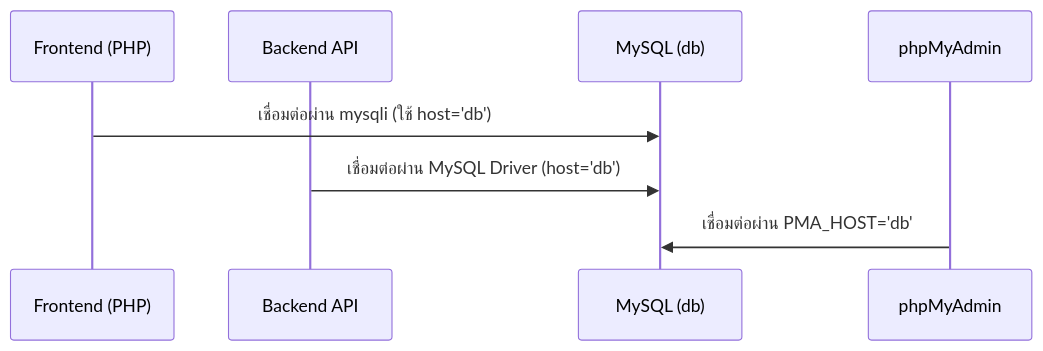
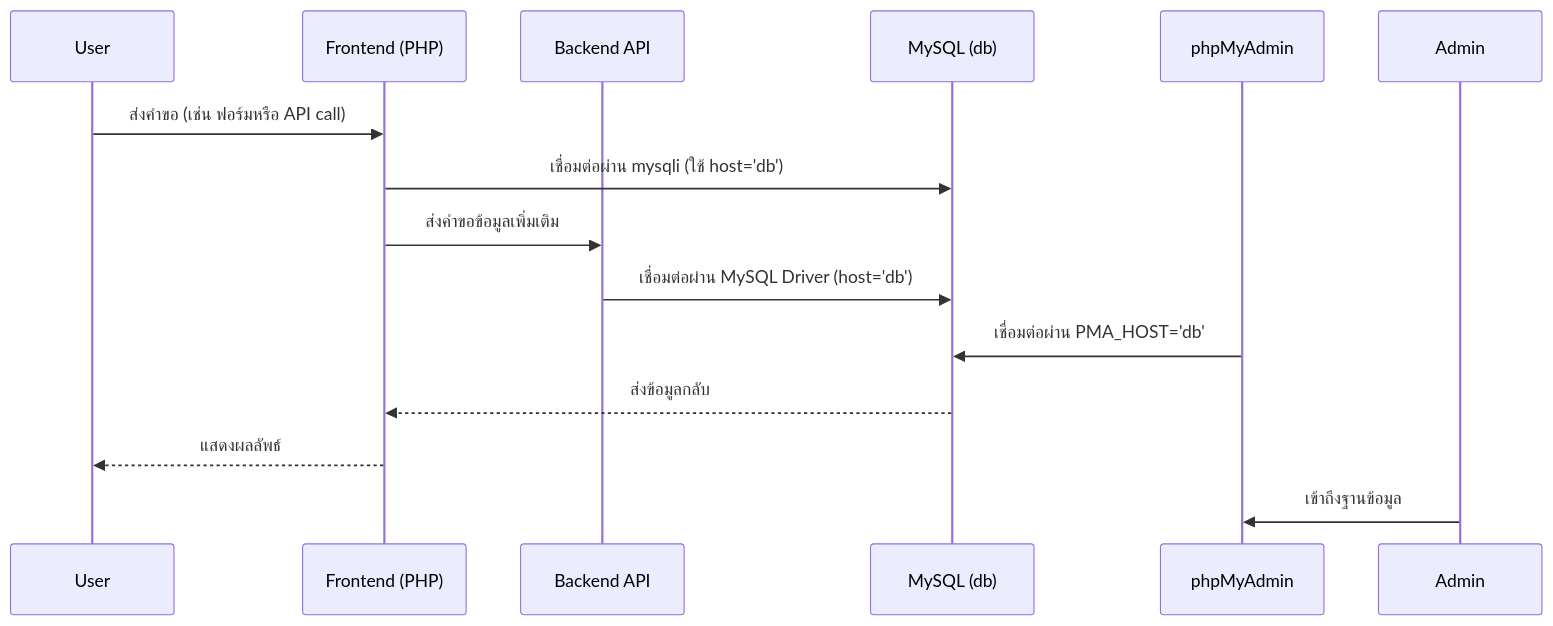
Before and after one commit to JeerasakAnanta/redcross_lottery_nan: the second of 3 diagrams in README.md, drawn with Mermaid. The commit also changed other lines of this file, not shown here.

Commit message:
Update README.md for project clarity and structure, including new project development details and microservices architecture diagram

````diff
--- a/README.md
+++ b/README.md
@@ -95,12 +95,20 @@
 ```mermaid
 sequenceDiagram
+    participant User
     participant Frontend (PHP)
     participant Backend API
     participant MySQL (db)
     participant phpMyAdmin
+    participant Admin 
 
+    User->>Frontend (PHP): ส่งคำขอ (เช่น ฟอร์มหรือ API call)
     Frontend (PHP)->>MySQL (db): เชื่อมต่อผ่าน mysqli (ใช้ host='db')
+    Frontend (PHP)->>Backend API: ส่งคำขอข้อมูลเพิ่มเติม
     Backend API->>MySQL (db): เชื่อมต่อผ่าน MySQL Driver (host='db')
     phpMyAdmin->>MySQL (db): เชื่อมต่อผ่าน PMA_HOST='db'
+    MySQL (db)-->>Frontend (PHP): ส่งข้อมูลกลับ
+    Frontend (PHP)-->>User: แสดงผลลัพธ์
 
-```
+    Admin->>phpMyAdmin: เข้าถึงฐานข้อมูล
+
+``` 
````
